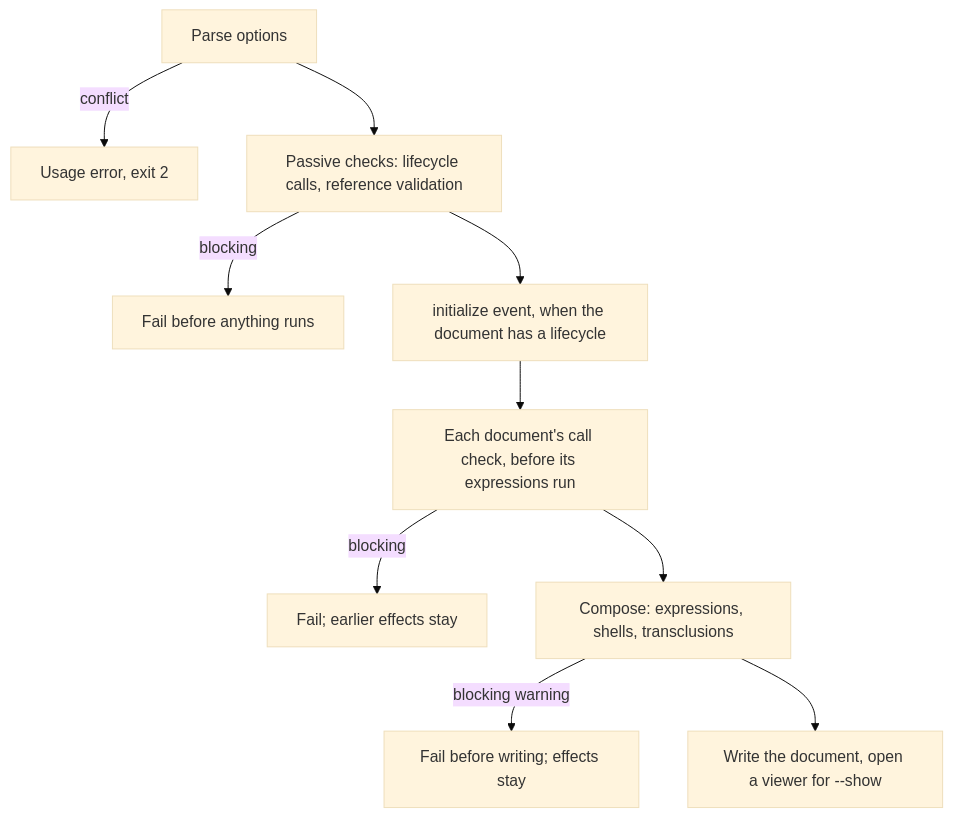
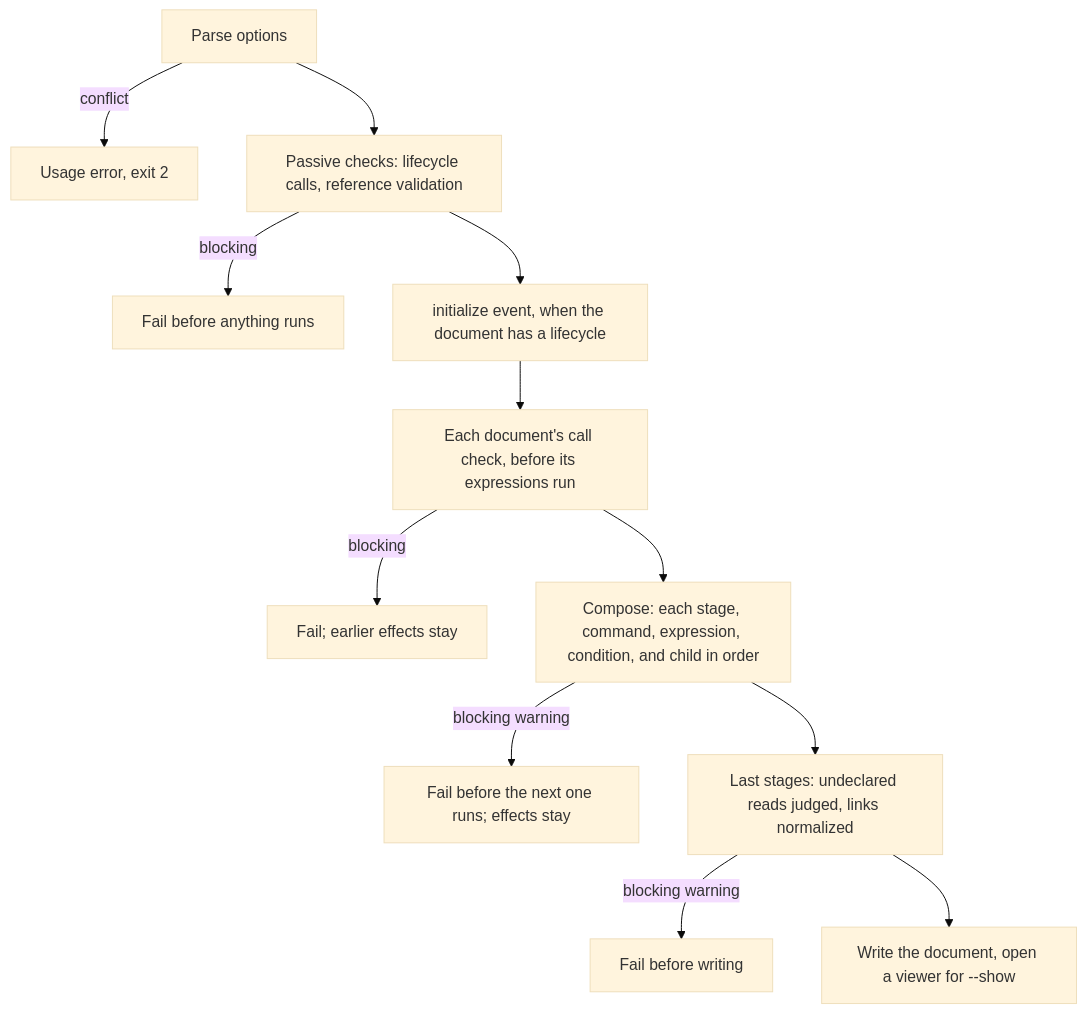
One commit to yankeeinlondon/rusty-biscuit changed the second of 2 diagrams in darkmatter/docs/cli/policy.md. Above: the diagram before and after it, drawn with Mermaid (base theme). The commit also changed other lines of this file and 21 other files, not shown here.

````diff
--- a/darkmatter/docs/cli/policy.md
+++ b/darkmatter/docs/cli/policy.md
@@ -134,12 +153,14 @@
 ```mermaid
 flowchart TD
     A[Parse options] -->|conflict| U[Usage error, exit 2]
     A --> B[Passive checks: lifecycle calls, reference validation]
     B -->|blocking| F1[Fail before anything runs]
     B --> C[initialize event, when the document has a lifecycle]
     C --> D[Each document's call check, before its expressions run]
     D -->|blocking| F2[Fail; earlier effects stay]
-    D --> E[Compose: expressions, shells, transclusions]
-    E -->|blocking warning| F3[Fail before writing; effects stay]
-    E --> W[Write the document, open a viewer for --show]
+    D --> E[Compose: each stage, command, expression, condition, and child in order]
+    E -->|blocking warning| F3[Fail before the next one runs; effects stay]
+    E --> L[Last stages: undeclared reads judged, links normalized]
+    L -->|blocking warning| F4[Fail before writing]
+    L --> W[Write the document, open a viewer for --show]
 ```
````
